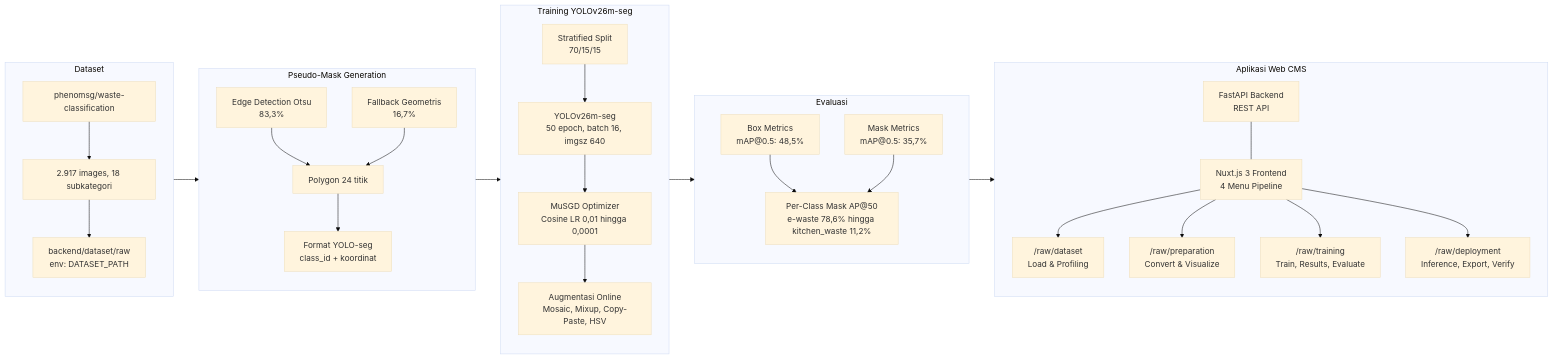
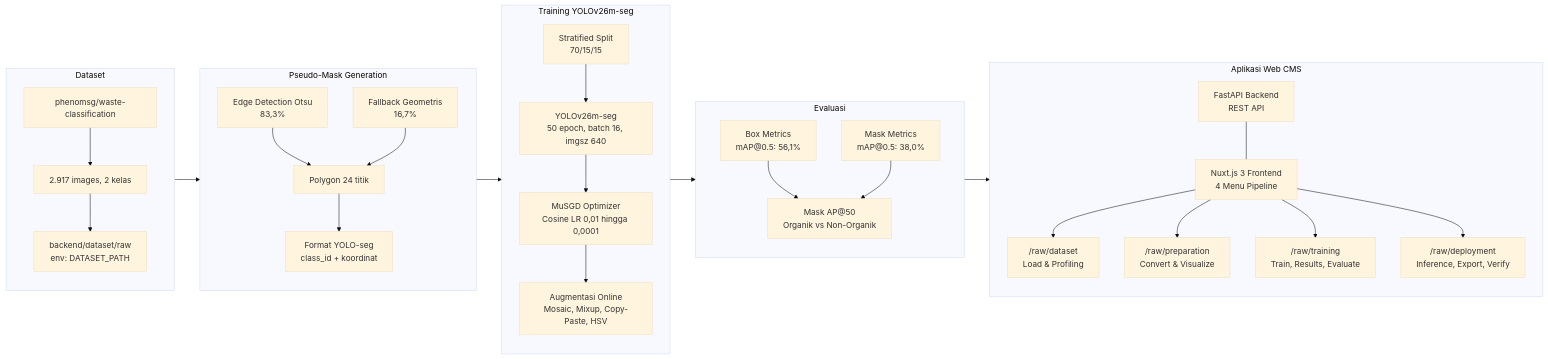
The first of 13 diagrams in proposalPaper/presentation.md (aryaw/SmartBin), drawn with Mermaid (base theme) before and after one commit. The commit also changed other lines of this file and 18 other files, not shown here.

````diff
--- a/proposalPaper/presentation.md
+++ b/proposalPaper/presentation.md
@@ -5,37 +5,37 @@
 ```mermaid
 flowchart LR
     subgraph Dataset[Dataset]
-        D1["phenomsg/waste-classification"] --> D2["2.917 images, 18 subkategori"]
+        D1["phenomsg/waste-classification"] --> D2["2.917 images, 2 kelas"]
         D2 --> D3["backend/dataset/raw<br/>env: DATASET_PATH"]
     end
     
     subgraph PseudoMask[Pseudo-Mask Generation]
         M1["Edge Detection Otsu<br/>83,3%"] --> M3["Polygon 24 titik"]
         M2["Fallback Geometris<br/>16,7%"] --> M3
         M3 --> M4["Format YOLO-seg<br/>class_id + koordinat"]
     end
     
     subgraph Training[Training YOLOv26m-seg]
         T1["Stratified Split<br/>70/15/15"] --> T2["YOLOv26m-seg<br/>50 epoch, batch 16, imgsz 640"]
         T2 --> T3["MuSGD Optimizer<br/>Cosine LR 0,01 hingga 0,0001"]
         T3 --> T4["Augmentasi Online<br/>Mosaic, Mixup, Copy-Paste, HSV"]
     end
     
     subgraph Evaluasi[Evaluasi]
-        E1["Box Metrics<br/>mAP@0.5: 48,5%"] --> E3["Per-Class Mask AP@50<br/>e-waste 78,6% hingga kitchen_waste 11,2%"]
-        E2["Mask Metrics<br/>mAP@0.5: 35,7%"] --> E3
+        E1["Box Metrics<br/>mAP@0.5: 56,1%"] --> E3["Mask AP@50<br/>Organik vs Non-Organik"]
+        E2["Mask Metrics<br/>mAP@0.5: 38,0%"] --> E3
     end
     
     subgraph Web[Aplikasi Web CMS]
         W1["FastAPI Backend<br/>REST API"] --- W2["Nuxt.js 3 Frontend<br/>4 Menu Pipeline"]
         W2 --> W3["/raw/dataset<br/>Load & Profiling"]
         W2 --> W4["/raw/preparation<br/>Convert & Visualize"]
         W2 --> W5["/raw/training<br/>Train, Results, Evaluate"]
         W2 --> W6["/raw/deployment<br/>Inference, Export, Verify"]
     end
     
     Dataset --> PseudoMask
     PseudoMask --> Training
     Training --> Evaluasi
     Evaluasi --> Web
 ```
````
